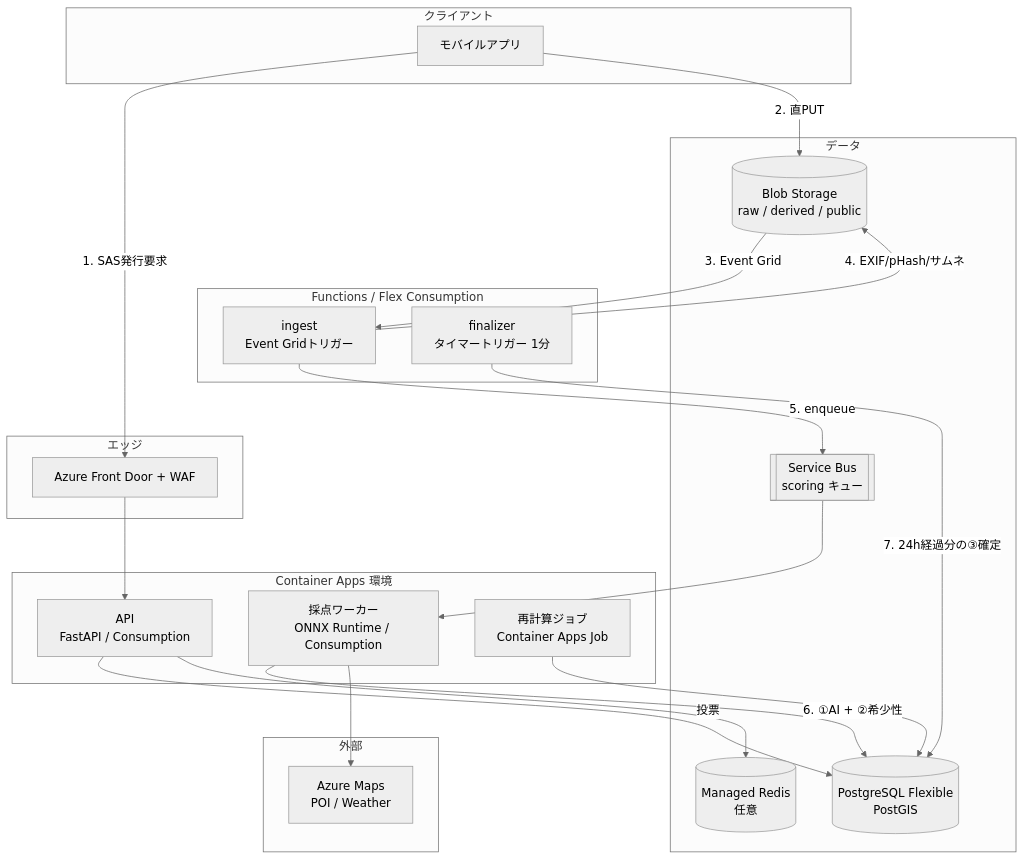
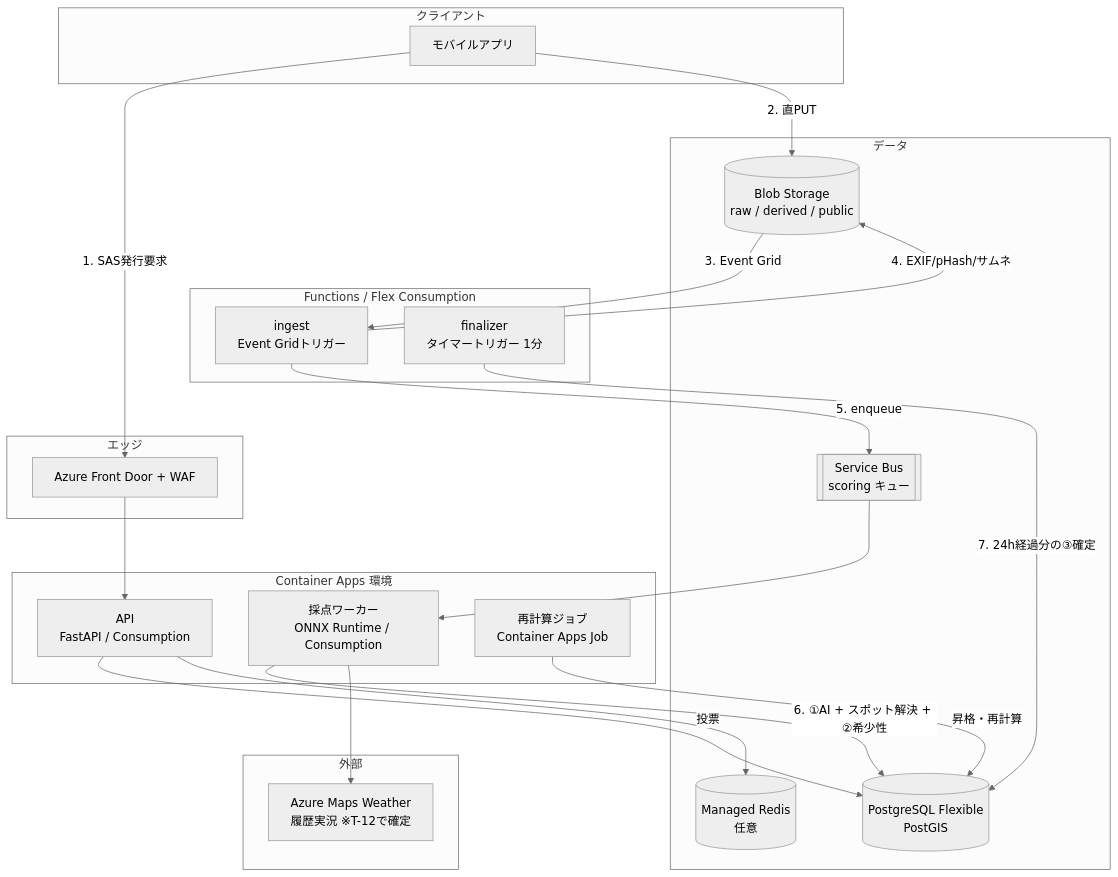
One commit to tomato1122/viidedion changed the diagram in docs/02-azure-architecture.md. Above: the diagram before and after it, drawn with Mermaid (neutral theme). The commit also changed other lines of this file and 1 other file, not shown here.

First line of the commit message:
Update architecture docs for ADR-001 and T-15 / T-16

````diff
--- a/docs/02-azure-architecture.md
+++ b/docs/02-azure-architecture.md
@@ -11,45 +11,45 @@
 ```mermaid
 flowchart TB
     subgraph client[クライアント]
         APP[モバイルアプリ]
     end
 
     subgraph edge[エッジ]
         AFD[Azure Front Door + WAF]
     end
 
     subgraph api[Container Apps 環境]
         API[API<br/>FastAPI / Consumption]
         WORKER[採点ワーカー<br/>ONNX Runtime / Consumption]
         JOB[再計算ジョブ<br/>Container Apps Job]
     end
 
     subgraph func[Functions / Flex Consumption]
         INGEST[ingest<br/>Event Gridトリガー]
         SWEEP[finalizer<br/>タイマートリガー 1分]
     end
 
     subgraph data[データ]
         BLOB[(Blob Storage<br/>raw / derived / public)]
         PG[(PostgreSQL Flexible<br/>PostGIS)]
         SB[[Service Bus<br/>scoring キュー]]
         REDIS[(Managed Redis<br/>任意)]
     end
 
     subgraph ext[外部]
-        MAPS[Azure Maps<br/>POI / Weather]
+        WEATHER[Azure Maps Weather<br/>履歴実況 ※T-12で確定]
     end
 
     APP -->|1. SAS発行要求| AFD --> API
     APP -->|2. 直PUT| BLOB
     BLOB -->|3. Event Grid| INGEST
     INGEST -->|4. EXIF/pHash/サムネ| BLOB
     INGEST -->|5. enqueue| SB
     SB --> WORKER
-    WORKER -->|6. ①AI + ②希少性| PG
-    WORKER --> MAPS
+    WORKER -->|6. ①AI + スポット解決 + ②希少性| PG
+    WORKER --> WEATHER
     API -->|投票| PG
     SWEEP -->|7. 24h経過分の③確定| PG
-    JOB --> PG
+    JOB -->|昇格・再計算| PG
     API --> REDIS
 ```
````
